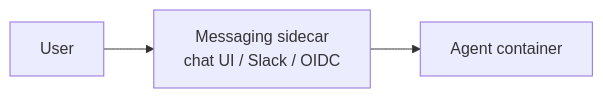
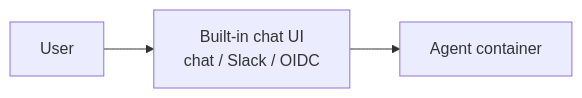
One commit to astropods/astro-cli changed the first of 2 diagrams in docs-public/fern/docs/pages/frontend-agents.mdx. Above: the diagram before and after it, drawn with Mermaid. The commit also changed other lines of this file and 40 other files, not shown here.

````diff
--- a/docs-public/fern/docs/pages/frontend-agents.mdx
+++ b/docs-public/fern/docs/pages/frontend-agents.mdx
@@ -19,4 +25,4 @@
 ```mermaid
 flowchart LR
-    A[User] --> B[Messaging sidecar<br/>chat UI / Slack / OIDC] --> C[Agent container]
+    A[User] --> B[Built-in chat UI<br/>chat / Slack / OIDC] --> C[Agent container]
 ```
````
